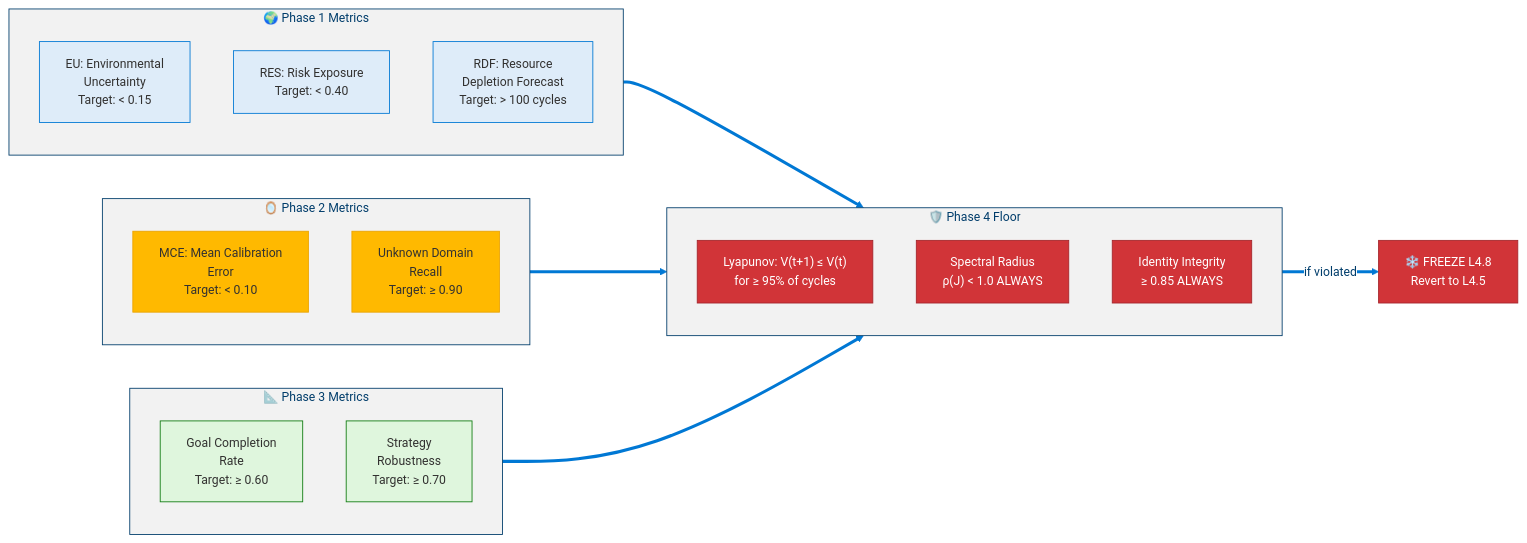
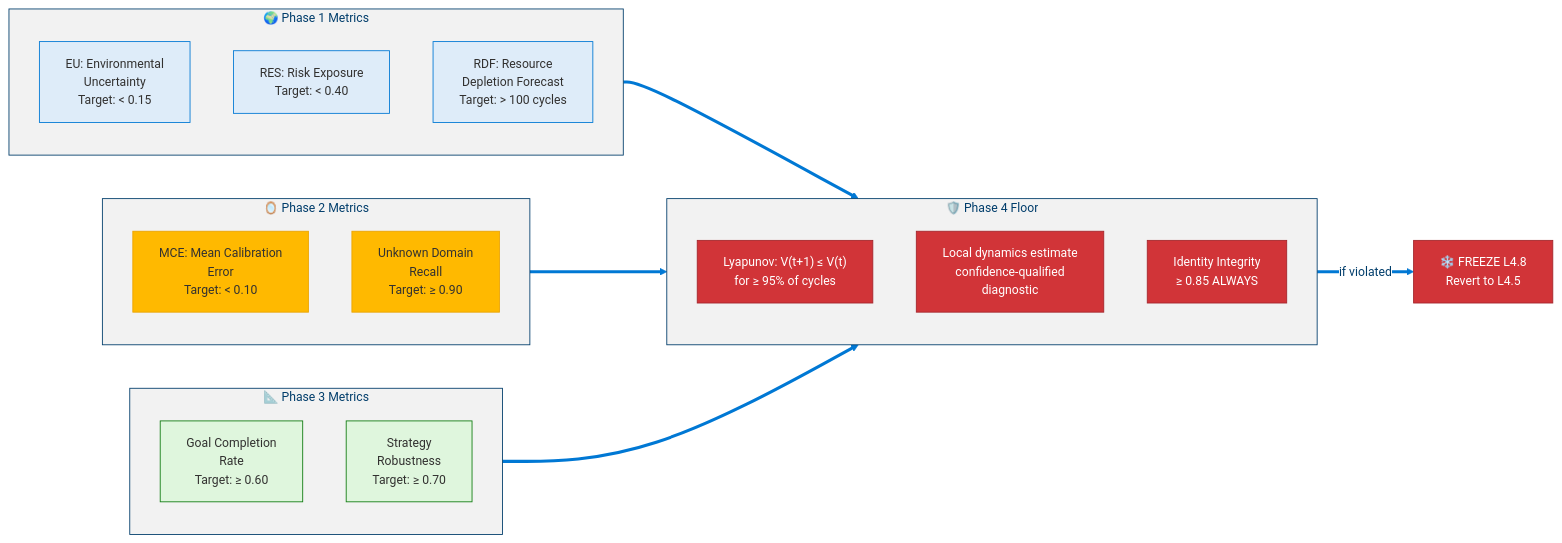
One commit to dotnetpower/mscp changed the third of 17 diagrams in docs/levels/Level_4_8_Strategic_Self_Modeling.md. Above: the diagram before and after it, drawn with Mermaid. The commit also changed other lines of this file and 21 other files, not shown here.

````diff
--- a/docs/levels/Level_4_8_Strategic_Self_Modeling.md
+++ b/docs/levels/Level_4_8_Strategic_Self_Modeling.md
@@ -207,38 +214,38 @@
 ```mermaid
 %%{init: {'theme': 'base', 'themeVariables': {'primaryColor': '#0078D4', 'primaryTextColor': '#003D6B', 'primaryBorderColor': '#003D6B', 'secondaryColor': '#50E6FF', 'secondaryTextColor': '#323130', 'secondaryBorderColor': '#00BCF2', 'tertiaryColor': '#F2F2F2', 'tertiaryTextColor': '#323130', 'lineColor': '#0078D4', 'textColor': '#323130', 'mainBkg': '#DEECF9', 'nodeBorder': '#0078D4', 'clusterBkg': '#F2F2F2', 'clusterBorder': '#003D6B', 'titleColor': '#003D6B', 'edgeLabelBackground': '#FFFFFF', 'fontSize': '14px'}}}%%
 flowchart LR
   classDef world fill:#DEECF9,stroke:#0078D4,color:#323130
   classDef self fill:#FFB900,stroke:#EAA300,color:#323130
   classDef strategic fill:#DFF6DD,stroke:#107C10,color:#323130
   classDef stability fill:#D13438,stroke:#A4262C,color:#FFF
   classDef freeze fill:#D13438,stroke:#A4262C,color:#FFF
 
   subgraph WorldModel["🌍 Phase 1 Metrics"]
     EU["EU: Environmental<br/>Uncertainty<br/>Target: < 0.15"]:::world
     RES["RES: Risk Exposure<br/>Target: < 0.40"]:::world
     RDF["RDF: Resource<br/>Depletion Forecast<br/>Target: > 100 cycles"]:::world
   end
 
   subgraph SelfModel["🪞 Phase 2 Metrics"]
     MCE["MCE: Mean Calibration<br/>Error<br/>Target: < 0.10"]:::self
     UDR["Unknown Domain<br/>Recall<br/>Target: ≥ 0.90"]:::self
   end
 
   subgraph Strategic["📐 Phase 3 Metrics"]
     GCR["Goal Completion<br/>Rate<br/>Target: ≥ 0.60"]:::strategic
     SRB["Strategy<br/>Robustness<br/>Target: ≥ 0.70"]:::strategic
   end
 
   subgraph Stability["🛡️ Phase 4 Floor"]
     LYA["Lyapunov: V(t+1) ≤ V(t)<br/>for ≥ 95% of cycles"]:::stability
-    SPR["Spectral Radius<br/>ρ(J) < 1.0 ALWAYS"]:::stability
+    SPR["Local dynamics estimate<br/>confidence-qualified<br/>diagnostic"]:::stability
     IIS["Identity Integrity<br/>≥ 0.85 ALWAYS"]:::stability
   end
 
   FREEZE["❄️ FREEZE L4.8<br/>Revert to L4.5"]:::freeze
 
   WorldModel ==> Stability
   SelfModel ==> Stability
   Strategic ==> Stability
   Stability ==>|"if violated"| FREEZE
 ```
````
